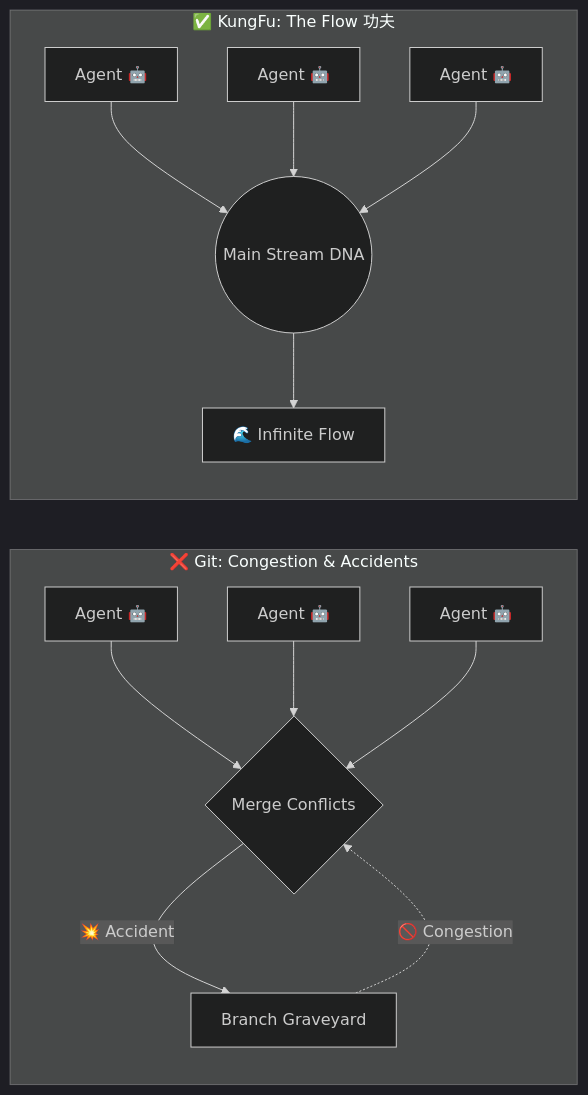
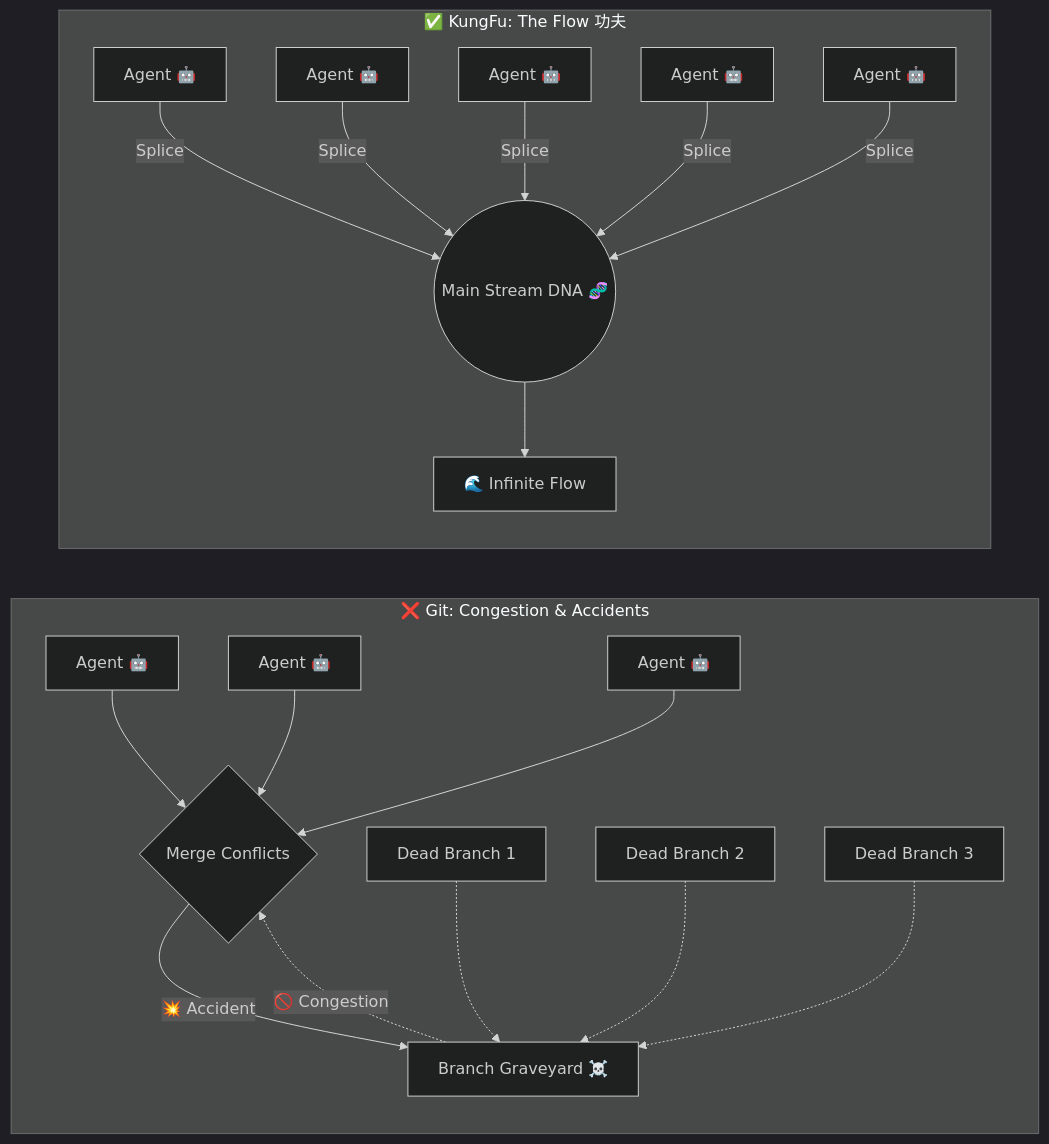
One commit to k8nstantin/kungfu changed the first of 4 diagrams in README.md. Above: the diagram before and after it, drawn with Mermaid (dark theme). The commit also changed other lines of this file, not shown here.

Commit message:
docs: add more agents, dead branches, and explanatory text to the Flow diagram

````diff
--- a/README.md
+++ b/README.md
@@ -11,19 +11,24 @@
 ```mermaid
 graph LR
     subgraph Git [❌ Git: Congestion & Accidents]
         direction TB
         A1[Agent 🤖] --> B{Merge Conflicts}
         A2[Agent 🤖] --> B
         A3[Agent 🤖] --> B
-        B -->|💥 Accident| C[Branch Graveyard]
+        B -->|💥 Accident| C[Branch Graveyard ☠️]
         C -.->|🚫 Congestion| B
+        D1[Dead Branch 1] -.-> C
+        D2[Dead Branch 2] -.-> C
+        D3[Dead Branch 3] -.-> C
     end
 
     subgraph KF [✅ KungFu: The Flow 功夫]
         direction TB
-        K1[Agent 🤖] --> S((Main Stream DNA))
-        K2[Agent 🤖] --> S
-        K3[Agent 🤖] --> S
+        K1[Agent 🤖] -->|Splice| S((Main Stream DNA 🧬))
+        K2[Agent 🤖] -->|Splice| S
+        K3[Agent 🤖] -->|Splice| S
+        K4[Agent 🤖] -->|Splice| S
+        K5[Agent 🤖] -->|Splice| S
         S --> E[🌊 Infinite Flow]
     end
 ```
````
